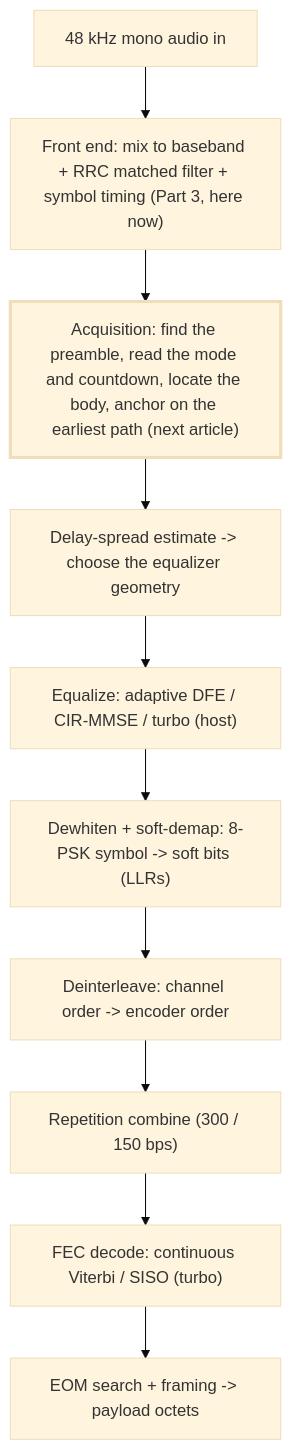
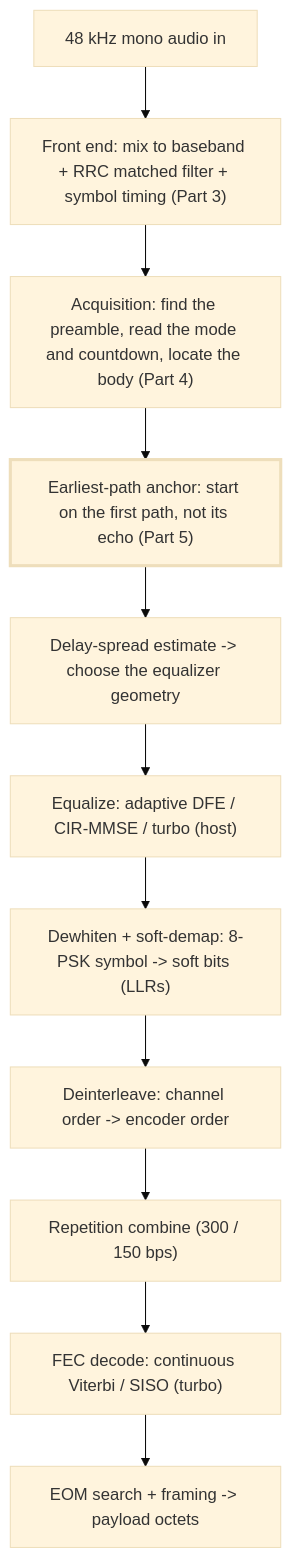
Before and after one commit to kg7hf/modem-core: the second of 2 diagrams in docs/start-here.md, drawn with Mermaid (base theme). The commit also changed other lines of this file and 32 other files, not shown here.

First line of the commit message:
Part 4: acquisition (#2)

````diff
--- a/docs/start-here.md
+++ b/docs/start-here.md
@@ -142,14 +152,15 @@
 ```mermaid
 flowchart TD
-  A["48 kHz mono audio in"] --> B["Front end: mix to baseband + RRC matched filter + symbol timing (Part 3, here now)"]
-  B --> C["Acquisition: find the preamble, read the mode and countdown, locate the body, anchor on the earliest path (next article)"]
-  C --> D["Delay-spread estimate -> choose the equalizer geometry"]
+  A["48 kHz mono audio in"] --> B["Front end: mix to baseband + RRC matched filter + symbol timing (Part 3)"]
+  B --> C["Acquisition: find the preamble, read the mode and countdown, locate the body (Part 4)"]
+  C --> C2["Earliest-path anchor: start on the first path, not its echo (Part 5)"]
+  C2 --> D["Delay-spread estimate -> choose the equalizer geometry"]
   D --> E["Equalize: adaptive DFE / CIR-MMSE / turbo (host)"]
   E --> F["Dewhiten + soft-demap: 8-PSK symbol -> soft bits (LLRs)"]
   F --> G["Deinterleave: channel order -> encoder order"]
   G --> H["Repetition combine (300 / 150 bps)"]
   H --> I["FEC decode: continuous Viterbi / SISO (turbo)"]
   I --> J["EOM search + framing -> payload octets"]
   classDef next stroke-width:3px;
-  class C next;
+  class C2 next;
 ```
````
